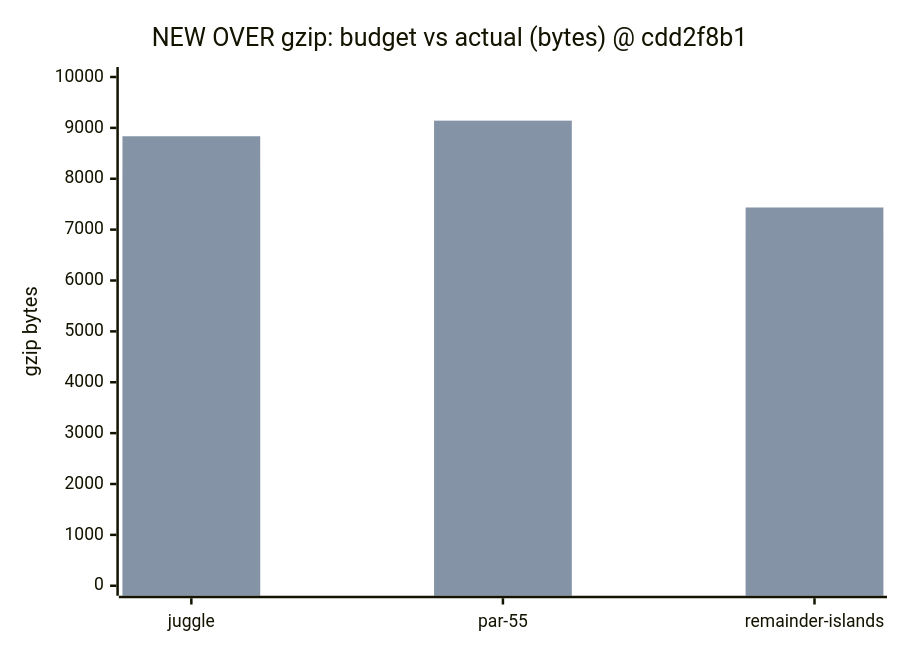
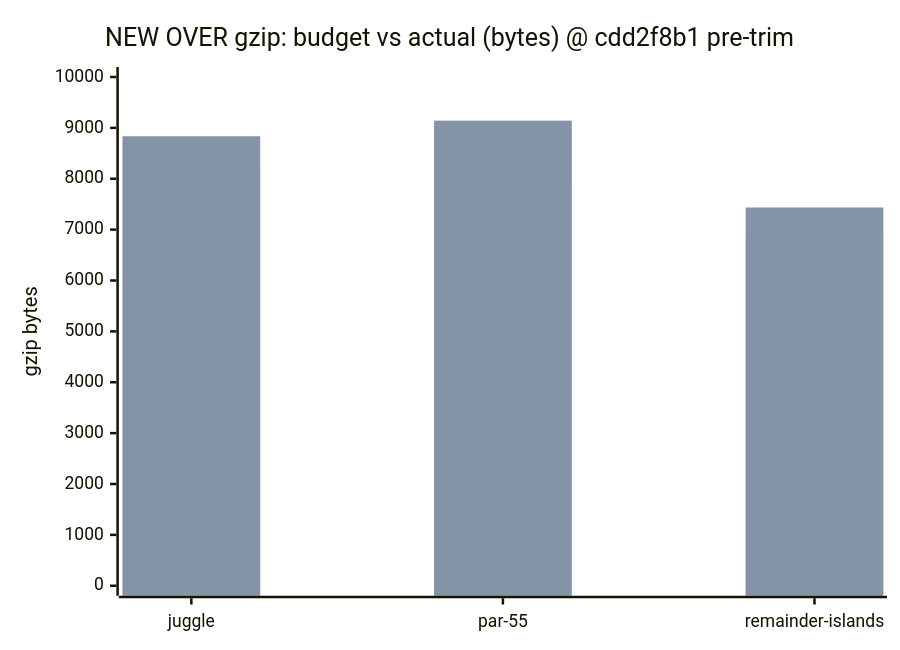
The first of 2 diagrams in docs/dev/bundle-over-2026-10-09.md (fuzzywigg/math-pentathlon), drawn with Mermaid before and after one commit. The commit also changed other lines of this file, not shown here.

````diff
--- a/docs/dev/bundle-over-2026-10-09.md
+++ b/docs/dev/bundle-over-2026-10-09.md
@@ -84,8 +79,8 @@
 ```mermaid
 xychart-beta
-    title "NEW OVER gzip: budget vs actual (bytes) @ cdd2f8b1"
+    title "NEW OVER gzip: budget vs actual (bytes) @ cdd2f8b1 pre-trim"
     x-axis ["juggle", "par-55", "remainder-islands"]
     y-axis "gzip bytes" 0 --> 10000
     bar [8181, 7929, 6878]
     bar [8835, 9142, 7435]
 ```
````
